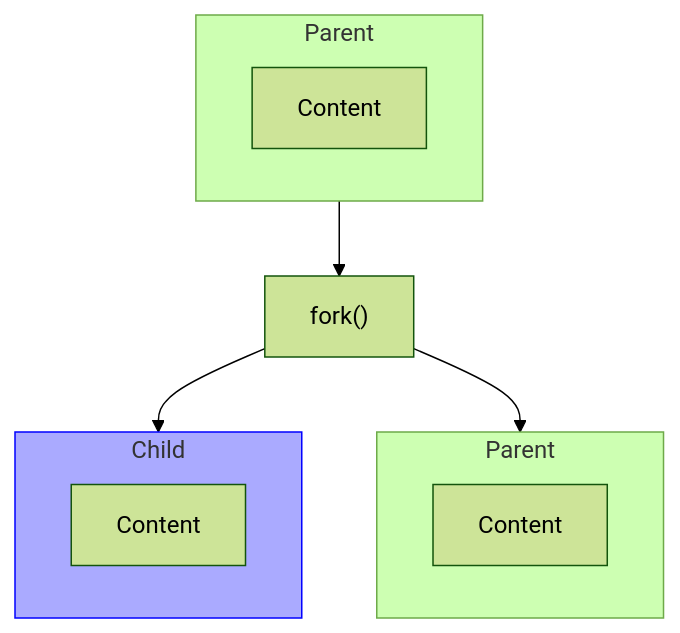
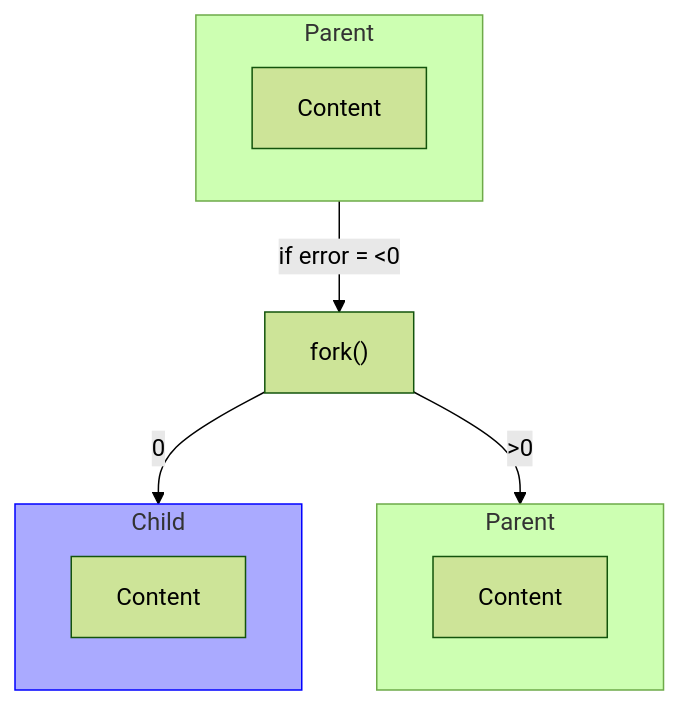
Before and after one commit to Tablerase/42_Projects: the fourth of 9 diagrams in Pipex/README.md, drawn with Mermaid (forest theme). The commit also changed other lines of this file, not shown here.

````diff
--- a/Pipex/README.md
+++ b/Pipex/README.md
@@ -228,22 +292,22 @@
 ```mermaid
 graph TB
   classDef note fill:#c4c4c4,stroke-width:0.5px;
   classDef child fill:#aaf, stroke:#00f;
   subgraph Parent
     direction LR
     Content
   end
-  Parent --> fork["fork()"]
-  fork --> C
+  Parent -->|if error = <0| fork["fork()"]
+  fork -->|0| C
   subgraph C["Child"]
     direction LR
     content1["Content"]
   end
-  fork --> B
+  fork -->|>0| B
   subgraph B["Parent"]
     direction LR
     content2["Content"]
   end
 
   class C child
 ```
````
